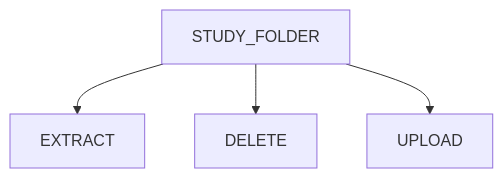
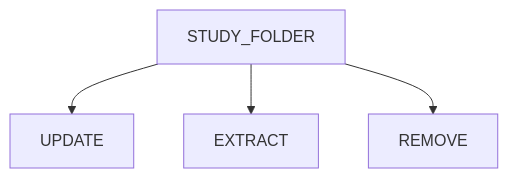
Before and after one commit to bioinformatics-policlinicogemelli/Varan: the diagram in README.md, drawn with Mermaid. The commit also changed other lines of this file, not shown here.

````diff
--- a/README.md
+++ b/README.md
@@ -256,9 +313,9 @@
 ```mermaid
 flowchart  TD
 
 U[STUDY_FOLDER]
+U -->UPDATE
 U -->EXTRACT 
-U -->DELETE
-U -->UPLOAD 
+U -->REMOVE
 
 ```
````
